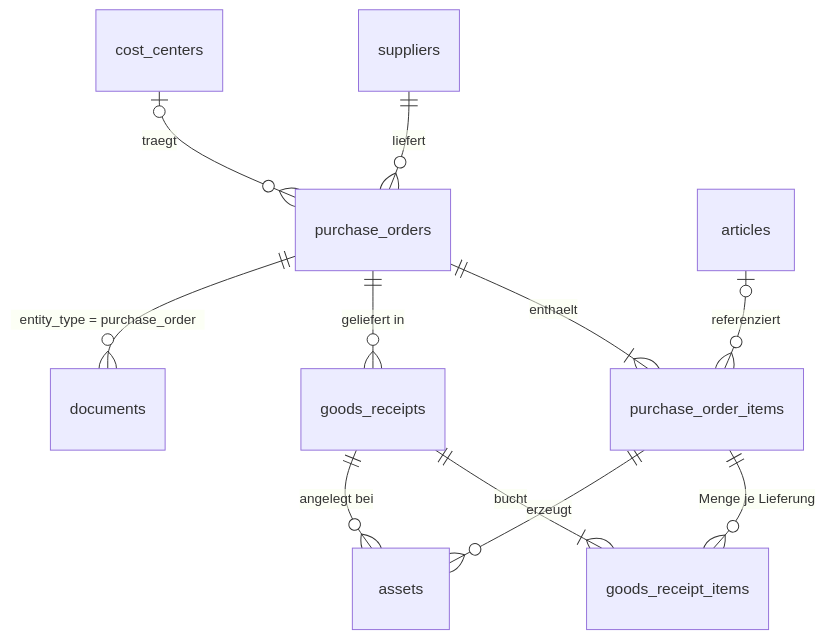
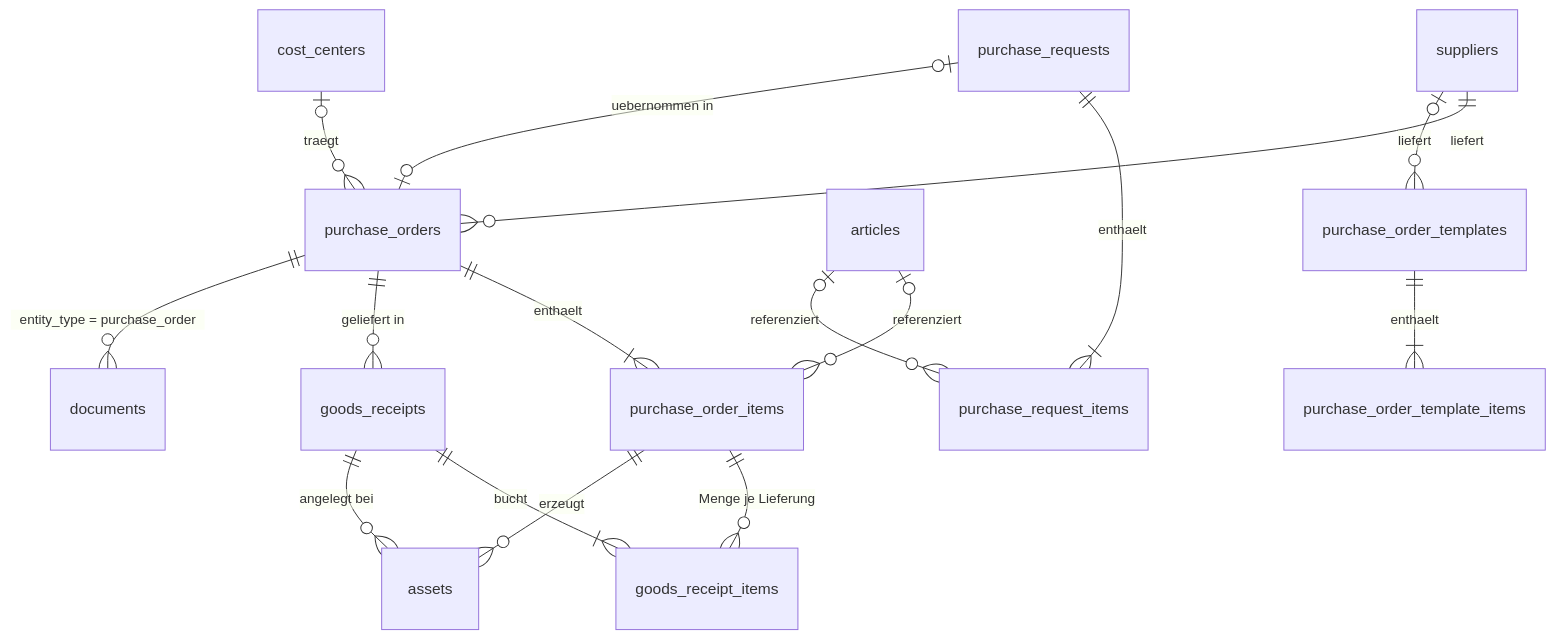
Before and after one commit to dareinelt/KLINQ: the second of 2 diagrams in docs/einkauf.md, drawn with Mermaid. The commit also changed other lines of this file and 3 other files, not shown here.

Commit message:
Document order templates, purchase requests and consumables

````diff
--- a/docs/einkauf.md
+++ b/docs/einkauf.md
@@ -118,13 +150,18 @@
 ```mermaid
 erDiagram
     suppliers ||--o{ purchase_orders : liefert
     cost_centers |o--o{ purchase_orders : traegt
     purchase_orders ||--|{ purchase_order_items : enthaelt
     articles |o--o{ purchase_order_items : referenziert
     purchase_orders ||--o{ goods_receipts : "geliefert in"
     goods_receipts ||--|{ goods_receipt_items : bucht
     purchase_order_items ||--o{ goods_receipt_items : "Menge je Lieferung"
     purchase_order_items ||--o{ assets : erzeugt
     goods_receipts ||--o{ assets : "angelegt bei"
     purchase_orders ||--o{ documents : "entity_type = purchase_order"
+    purchase_order_templates ||--|{ purchase_order_template_items : enthaelt
+    suppliers |o--o{ purchase_order_templates : liefert
+    purchase_requests ||--|{ purchase_request_items : enthaelt
+    purchase_requests |o--o| purchase_orders : "uebernommen in"
+    articles |o--o{ purchase_request_items : referenziert
 ```
````
